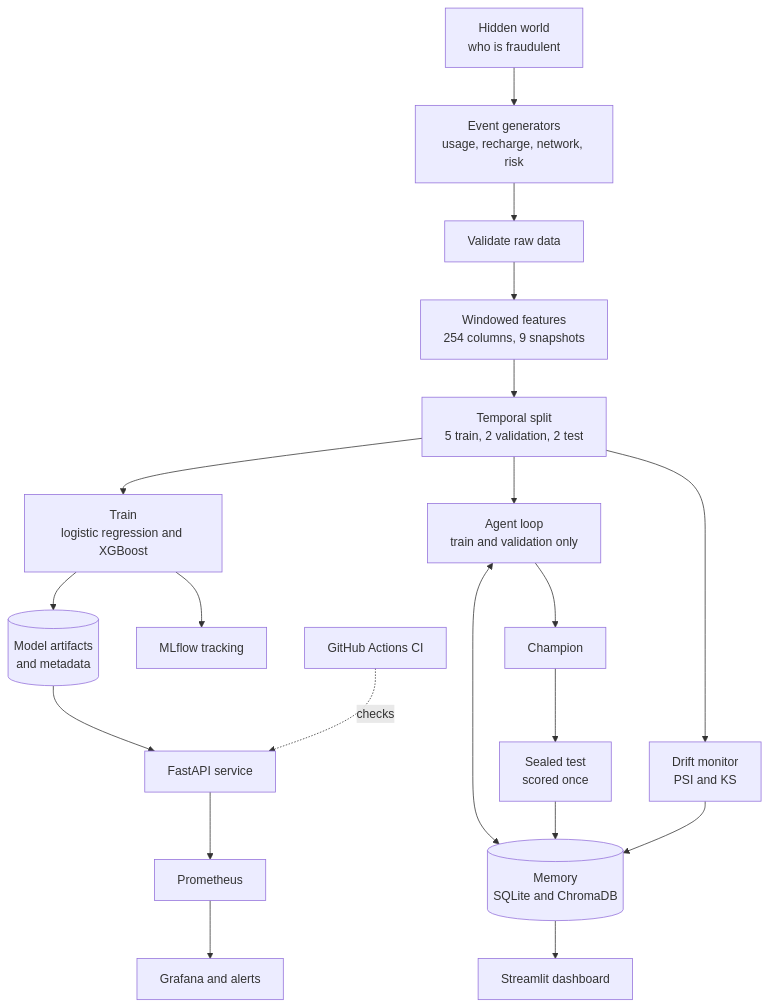
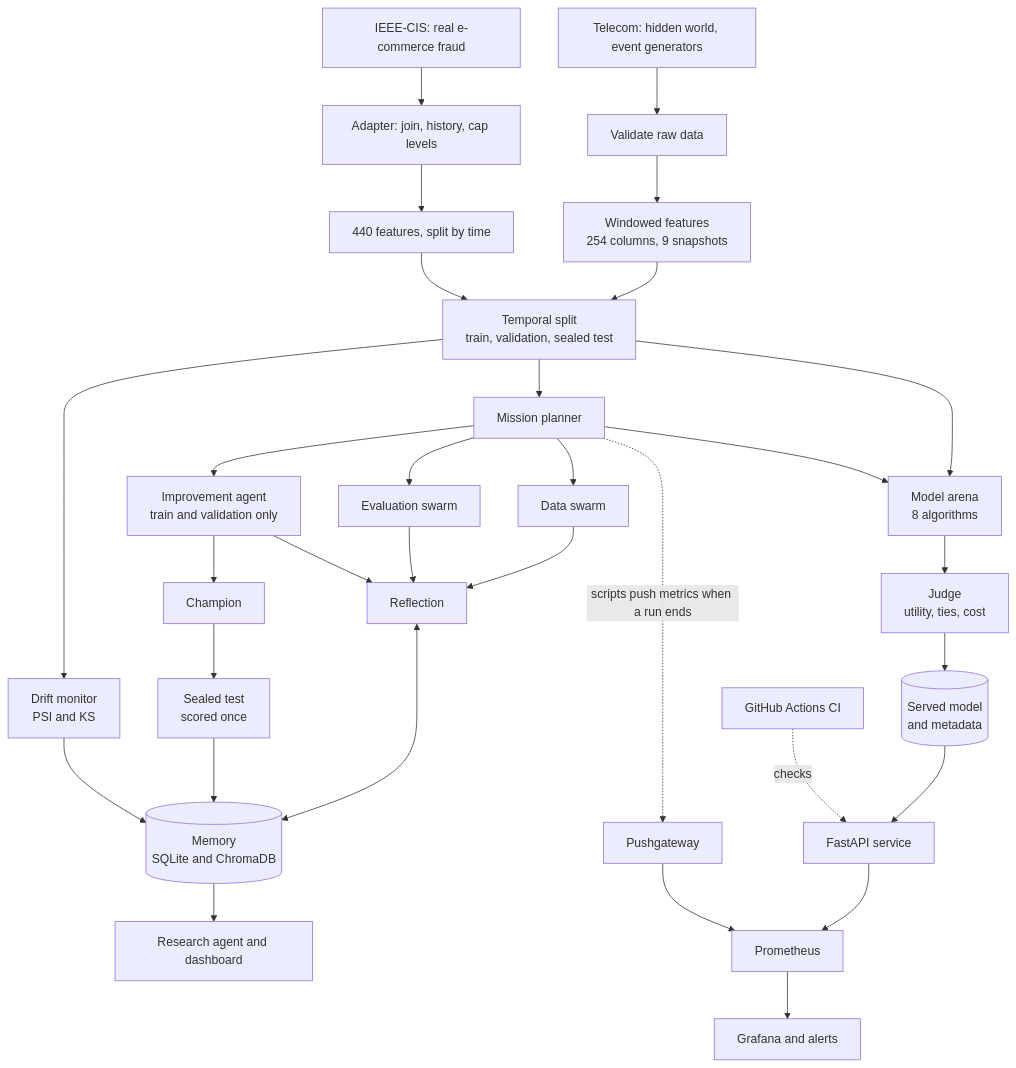
Before and after one commit to Asm2910/autoevolve-x: the diagram in docs/05-end-to-end-guide.md, drawn with Mermaid. The commit also changed other lines of this file and 10 other files, not shown here.

Commit message:
Phase 21: documents and diagrams updated for version 2

````diff
--- a/docs/05-end-to-end-guide.md
+++ b/docs/05-end-to-end-guide.md
@@ -11,22 +11,33 @@
 ```mermaid
 flowchart TD
-    A[Hidden world<br/>who is fraudulent] --> B[Event generators<br/>usage, recharge, network, risk]
-    B --> C[Validate raw data]
+    A[Telecom: hidden world, event generators] --> C[Validate raw data]
+    A2[IEEE-CIS: real e-commerce fraud] --> C2[Adapter: join, history, cap levels]
     C --> D[Windowed features<br/>254 columns, 9 snapshots]
-    D --> E[Temporal split<br/>5 train, 2 validation, 2 test]
-    E --> F[Train<br/>logistic regression and XGBoost]
-    F --> G[(Model artifacts<br/>and metadata)]
-    F --> H[MLflow tracking]
-    E --> I[Agent loop<br/>train and validation only]
-    I <--> J[(Memory<br/>SQLite and ChromaDB)]
+    C2 --> D2[440 features, split by time]
+    D --> E[Temporal split<br/>train, validation, sealed test]
+    D2 --> E
+    E --> F[Model arena<br/>8 algorithms]
+    F --> J[Judge<br/>utility, ties, cost]
+    J --> G[(Served model<br/>and metadata)]
+    E --> P[Mission planner]
+    P --> DS[Data swarm]
+    P --> ES[Evaluation swarm]
+    P --> F
+    P --> I[Improvement agent<br/>train and validation only]
+    DS --> R[Reflection]
+    ES --> R
+    I --> R
+    R <--> M[(Memory<br/>SQLite and ChromaDB)]
     I --> K[Champion]
     K --> L[Sealed test<br/>scored once]
-    L --> J
-    G --> M[FastAPI service]
-    M --> N[Prometheus]
+    L --> M
+    M --> Q[Research agent and dashboard]
+    G --> S[FastAPI service]
+    S --> N[Prometheus]
+    P -. scripts push metrics when a run ends .-> PG[Pushgateway]
+    PG --> N
     N --> O[Grafana and alerts]
-    E --> P[Drift monitor<br/>PSI and KS]
-    P --> J
-    J --> Q[Streamlit dashboard]
-    R[GitHub Actions CI] -.checks.-> M
+    E --> DR[Drift monitor<br/>PSI and KS]
+    DR --> M
+    CI[GitHub Actions CI] -.checks.-> S
 ```
````
